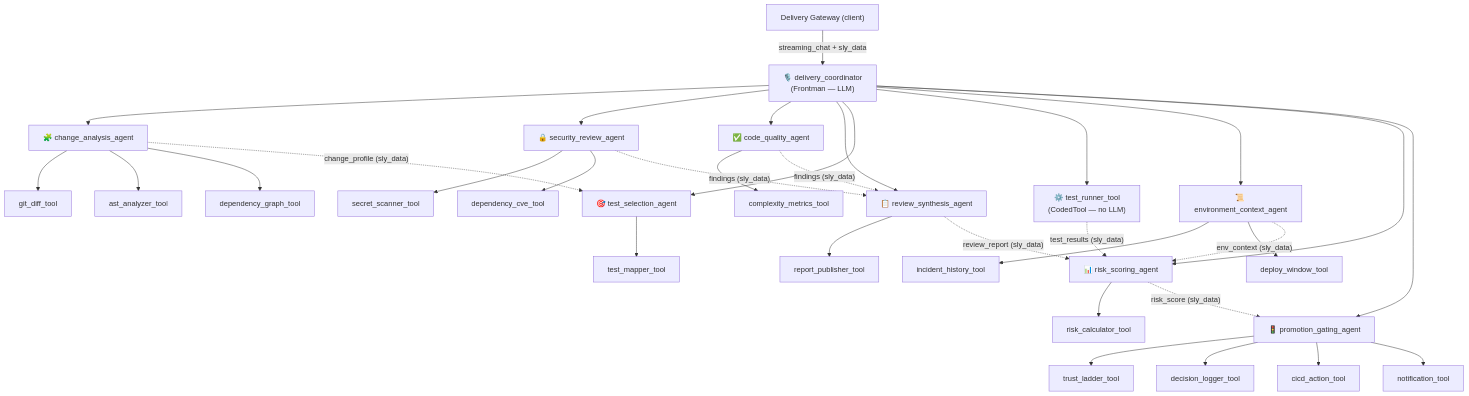
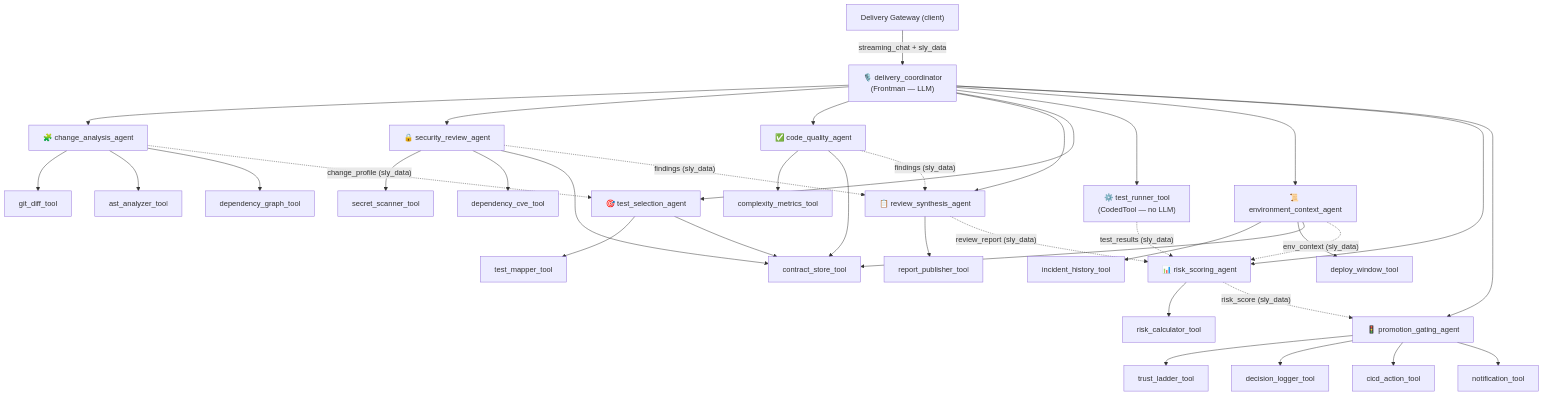
Before and after one commit to anandharshit712/Sentinel: the second of 2 diagrams in docs/solution/01-proposed-solution.md, drawn with Mermaid. The commit also changed other lines of this file and 8 other files, not shown here.

````diff
--- a/docs/solution/01-proposed-solution.md
+++ b/docs/solution/01-proposed-solution.md
@@ -87,47 +87,52 @@
 ```mermaid
 flowchart TD
     CLIENT["Delivery Gateway (client)"] -->|"streaming_chat + sly_data"| FM
 
     FM["🎙️ delivery_coordinator<br/>(Frontman — LLM)"]
 
     FM --> CA["🧩 change_analysis_agent"]
     FM --> SR["🔒 security_review_agent"]
     FM --> QR["✅ code_quality_agent"]
     FM --> RS["📋 review_synthesis_agent"]
     FM --> TS["🎯 test_selection_agent"]
     FM --> TE["⚙️ test_runner_tool<br/>(CodedTool — no LLM)"]
     FM --> EC["📜 environment_context_agent"]
     FM --> RK["📊 risk_scoring_agent"]
     FM --> PG["🚦 promotion_gating_agent"]
 
     CA --> T1["git_diff_tool"]
     CA --> T2["ast_analyzer_tool"]
     CA --> T3["dependency_graph_tool"]
 
     SR --> T4["secret_scanner_tool"]
     SR --> T5["dependency_cve_tool"]
 
     QR --> T6["complexity_metrics_tool"]
 
     RS --> T7["report_publisher_tool"]
 
     TS --> T8["test_mapper_tool"]
 
     EC --> T9["incident_history_tool"]
     EC --> T10["deploy_window_tool"]
 
+    SR --> T16["contract_store_tool"]
+    QR --> T16
+    TS --> T16
+    EC --> T16
+
     RK --> T11["risk_calculator_tool"]
 
     PG --> T12["trust_ladder_tool"]
     PG --> T13["decision_logger_tool"]
     PG --> T14["cicd_action_tool"]
     PG --> T15["notification_tool"]
 
     CA -.->|"change_profile (sly_data)"| TS
     SR -.->|"findings (sly_data)"| RS
     QR -.->|"findings (sly_data)"| RS
     RS -.->|"review_report (sly_data)"| RK
     TE -.->|"test_results (sly_data)"| RK
     EC -.->|"env_context (sly_data)"| RK
     RK -.->|"risk_score (sly_data)"| PG
 ```
````
